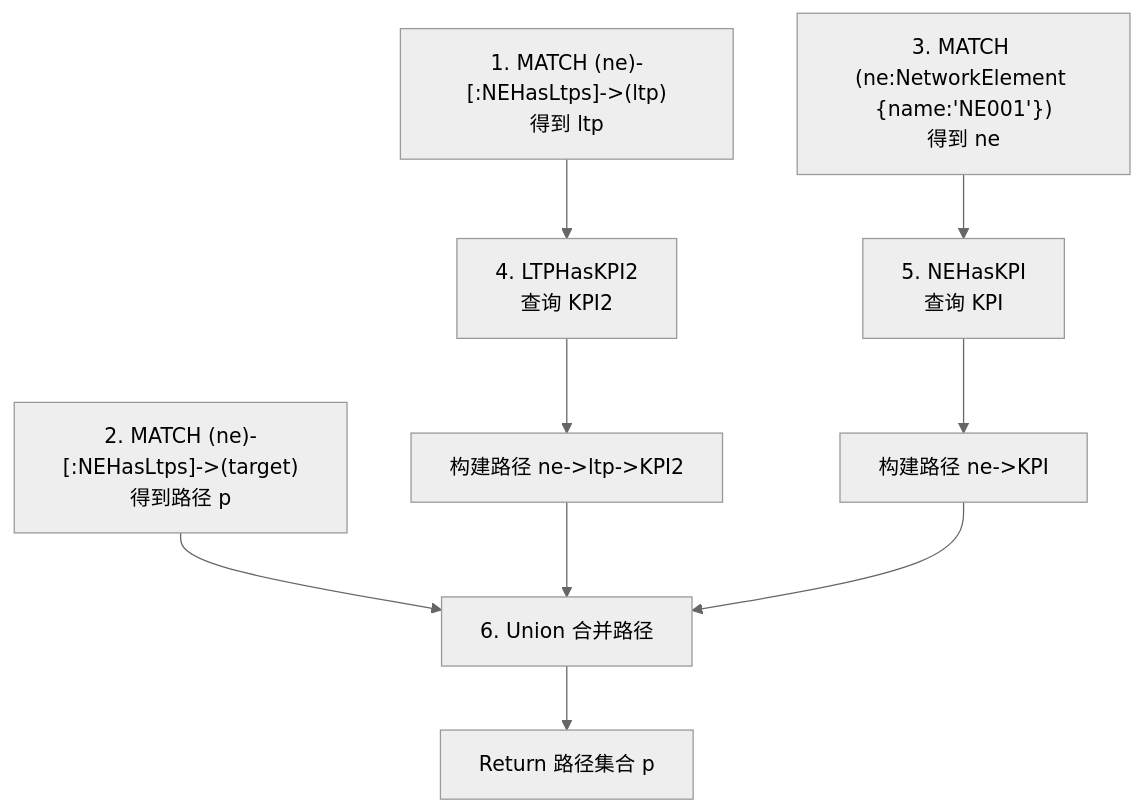
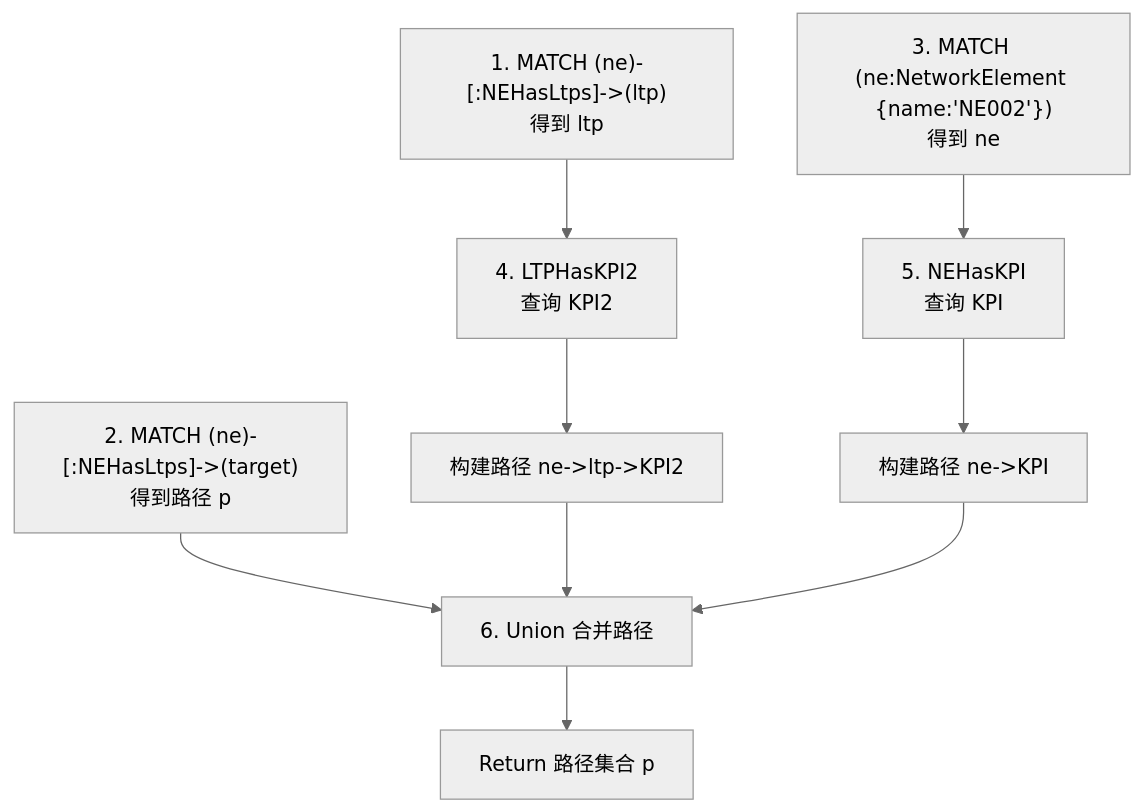
Before and after one commit to FangYang970206/GraphQueryEngineTrae: the third of 4 diagrams in docs/cases/virtual_graph_case.md, drawn with Mermaid (neutral theme). The commit also changed other lines of this file and 20 other files, not shown here.

````diff
--- a/docs/cases/virtual_graph_case.md
+++ b/docs/cases/virtual_graph_case.md
@@ -196,22 +196,22 @@
 ```mermaid
 flowchart TD
     %% 第一层并行（独立 Source）
     S1["1. MATCH (ne)-[:NEHasLtps]->(ltp)<br/>得到 ltp"]
     S2["2. MATCH (ne)-[:NEHasLtps]->(target)<br/>得到路径 p"]
-    S3["3. MATCH (ne:NetworkElement {name:'NE001'})<br/>得到 ne"]
+    S3["3. MATCH (ne:NetworkElement {name:'NE002'})<br/>得到 ne"]
 
     %% 第二层（依赖执行）
     S1 --> D1["4. LTPHasKPI2<br/>查询 KPI2"]
     S3 --> D2["5. NEHasKPI<br/>查询 KPI"]
 
     %% 路径构建
     D1 --> P1["构建路径 ne->ltp->KPI2"]
     D2 --> P2["构建路径 ne->KPI"]
 
     %% 汇总
     S2 --> U["6. Union 合并路径"]
     P1 --> U
     P2 --> U
 
     U --> R["Return 路径集合 p"]
 ```
````
